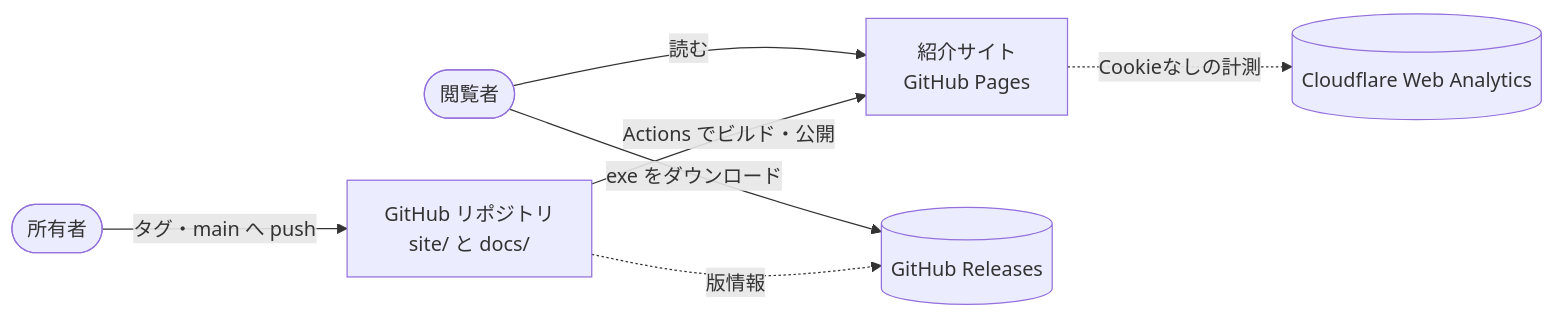
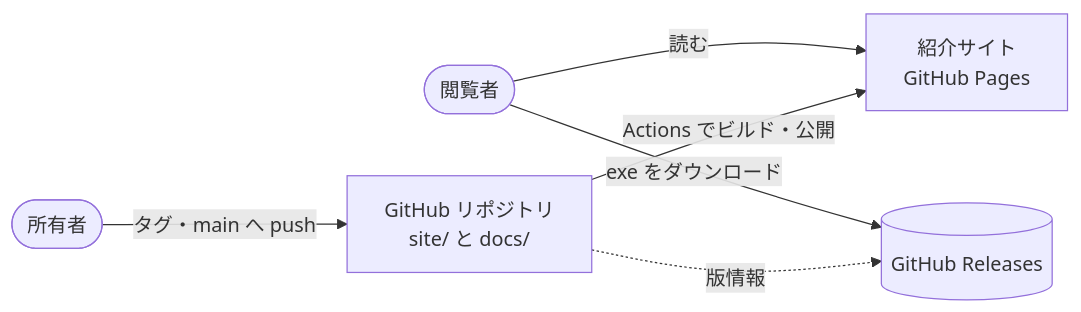
One commit to itiwoja/DC-Designer changed the diagram in docs/design/README.md. Above: the diagram before and after it, drawn with Mermaid. The commit also changed other lines of this file and 14 other files, not shown here.

````diff
--- a/docs/design/README.md
+++ b/docs/design/README.md
@@ -20,9 +24,8 @@
 ```mermaid
 flowchart LR
   V([閲覧者]) -->|読む| S[紹介サイト<br>GitHub Pages]
   V -->|exe をダウンロード| GR[(GitHub Releases)]
   O([所有者]) -->|タグ・main へ push| GH[GitHub リポジトリ<br>site/ と docs/]
   GH -->|Actions でビルド・公開| S
   GH -.版情報.-> GR
-  S -.Cookieなしの計測.-> CF[(Cloudflare Web Analytics)]
 ```
````
